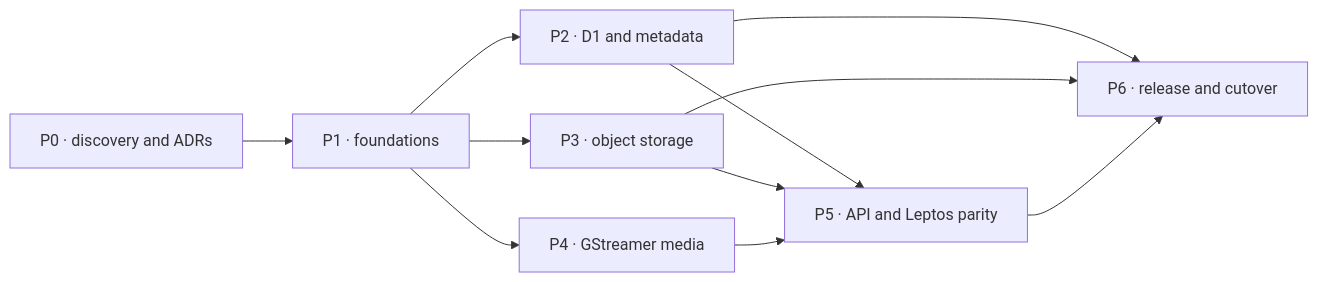
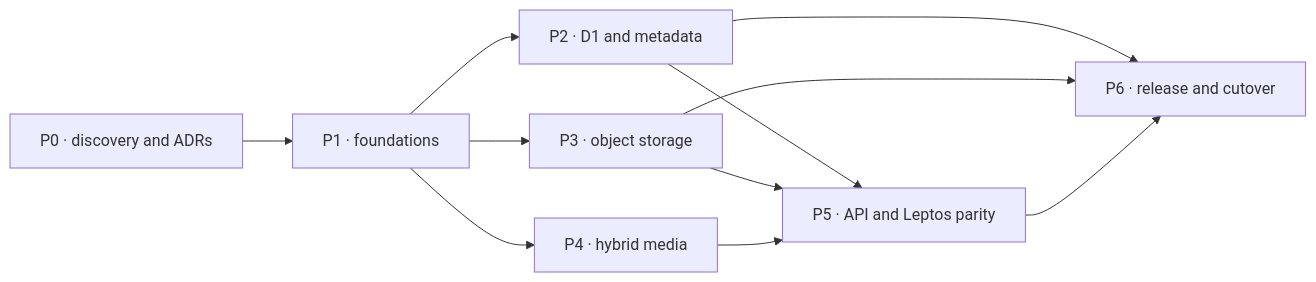
The diagram in _issues/README.md (eng-manager-xyz/frame), drawn with Mermaid before and after one commit. The commit also changed other lines of this file and 36 other files, not shown here.

````diff
--- a/_issues/README.md
+++ b/_issues/README.md
@@ -16,13 +17,13 @@
 ```mermaid
 flowchart LR
   P0["P0 · discovery and ADRs"] --> P1["P1 · foundations"]
   P1 --> P2["P2 · D1 and metadata"]
   P1 --> P3["P3 · object storage"]
-  P1 --> P4["P4 · GStreamer media"]
+  P1 --> P4["P4 · hybrid media"]
   P2 --> P5["P5 · API and Leptos parity"]
   P3 --> P5
   P4 --> P5
   P2 --> P6["P6 · release and cutover"]
   P3 --> P6
   P5 --> P6
 ```
````
